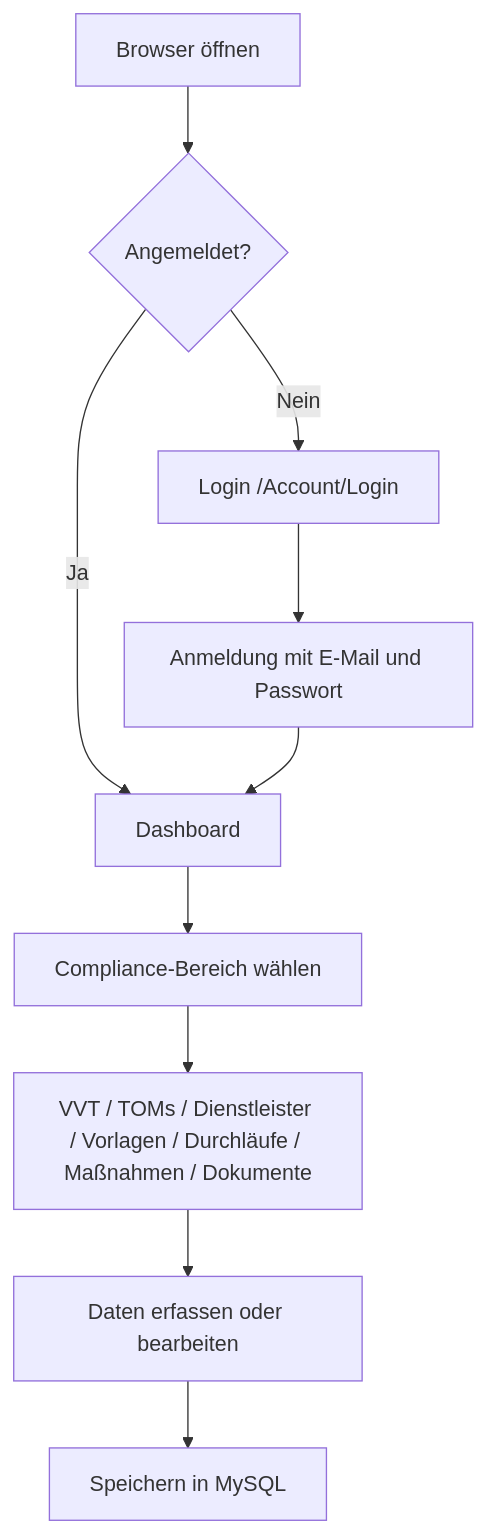
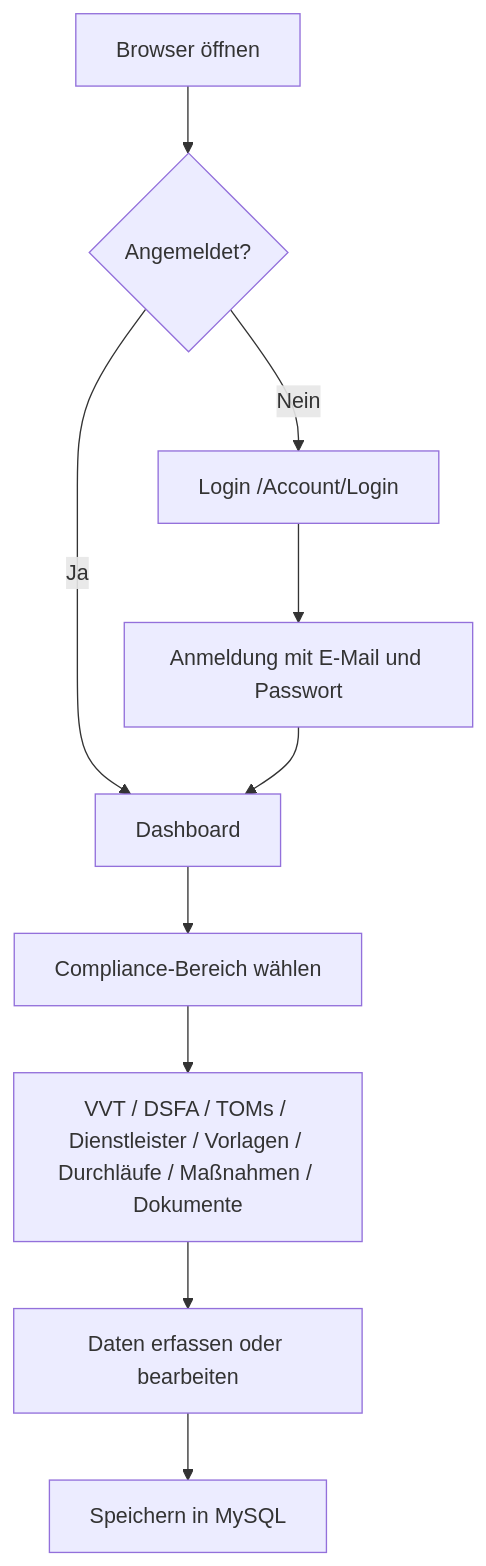
One commit to SysAdminHub/Dsms changed the diagram in Project_Overview.md. Above: the diagram before and after it, drawn with Mermaid. The commit also changed other lines of this file and 22 other files, not shown here.

````diff
--- a/Project_Overview.md
+++ b/Project_Overview.md
@@ -229,12 +256,12 @@
 ```mermaid
 flowchart TD
     A[Browser öffnen] --> B{Angemeldet?}
     B -->|Nein| C[Login /Account/Login]
     C --> D[Anmeldung mit E-Mail und Passwort]
     B -->|Ja| E[Dashboard]
     D --> E
     E --> F[Compliance-Bereich wählen]
-    F --> G[VVT / TOMs / Dienstleister / Vorlagen / Durchläufe / Maßnahmen / Dokumente]
+    F --> G[VVT / DSFA / TOMs / Dienstleister / Vorlagen / Durchläufe / Maßnahmen / Dokumente]
     G --> H[Daten erfassen oder bearbeiten]
     H --> I[Speichern in MySQL]
 ```
````
